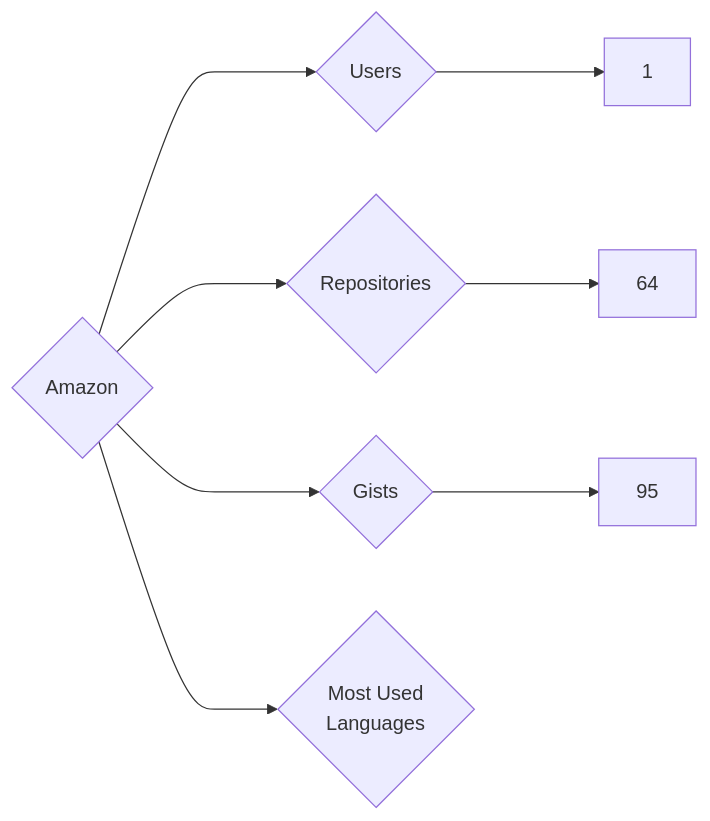
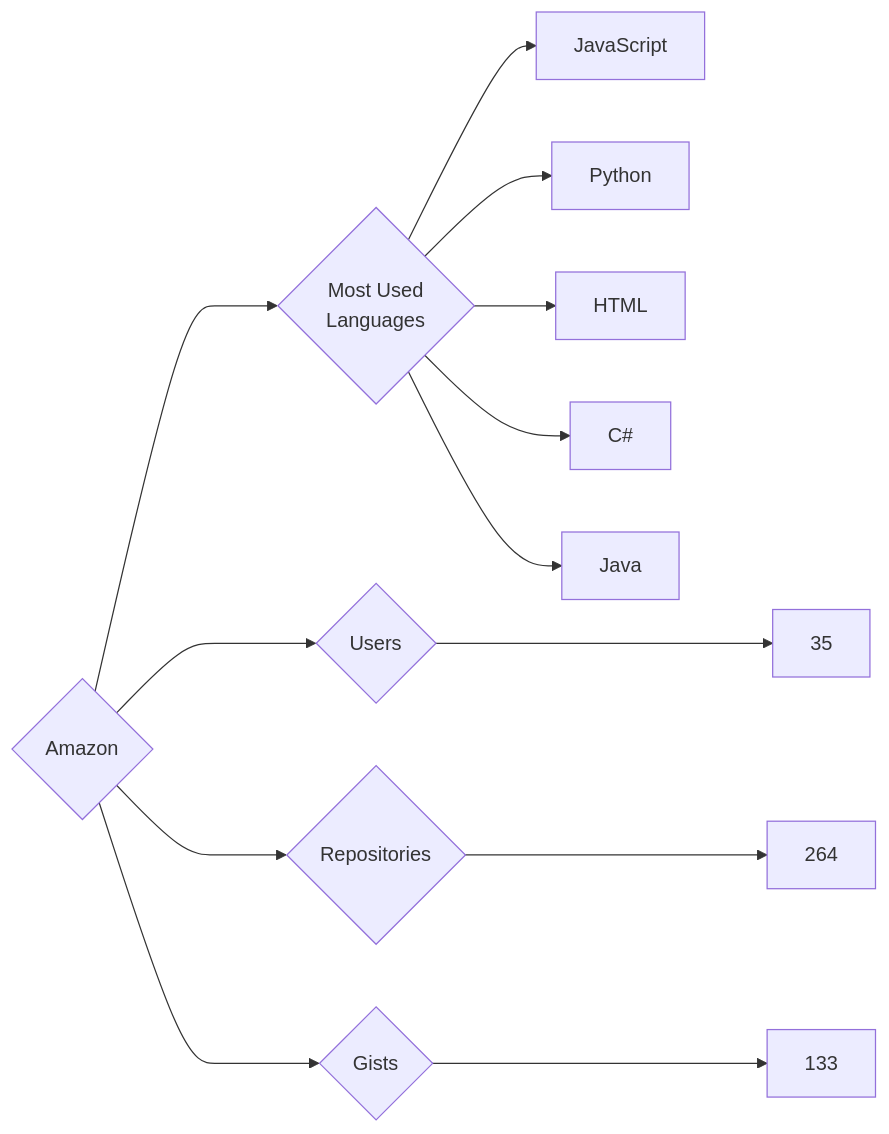
One commit to trickest/insiders changed the diagram in targets/Amazon/README.md. Above: the diagram before and after it, drawn with Mermaid. The commit also changed 657 other files, not shown here.

````diff
--- a/targets/Amazon/README.md
+++ b/targets/Amazon/README.md
@@ -3,8 +3,13 @@
 ```mermaid
 graph LR
 COMPANY_NAME{Amazon}
-COMPANY_NAME ---> U{Users} ---> UN[1]
-COMPANY_NAME ---> R{Repositories} ---> RN[64]
-COMPANY_NAME ---> G{Gists} ---> GN[95]
+COMPANY_NAME ---> U{Users} ---> UN[35]
+COMPANY_NAME ---> R{Repositories} ---> RN[264]
+COMPANY_NAME ---> G{Gists} ---> GN[133]
 COMPANY_NAME ---> ML{Most Used<br>Languages}
+ML --> JavaScript[JavaScript]
+ML --> Python[Python]
+ML --> HTML[HTML]
+ML --> C#[C#]
+ML --> Java[Java]
 ```
````
